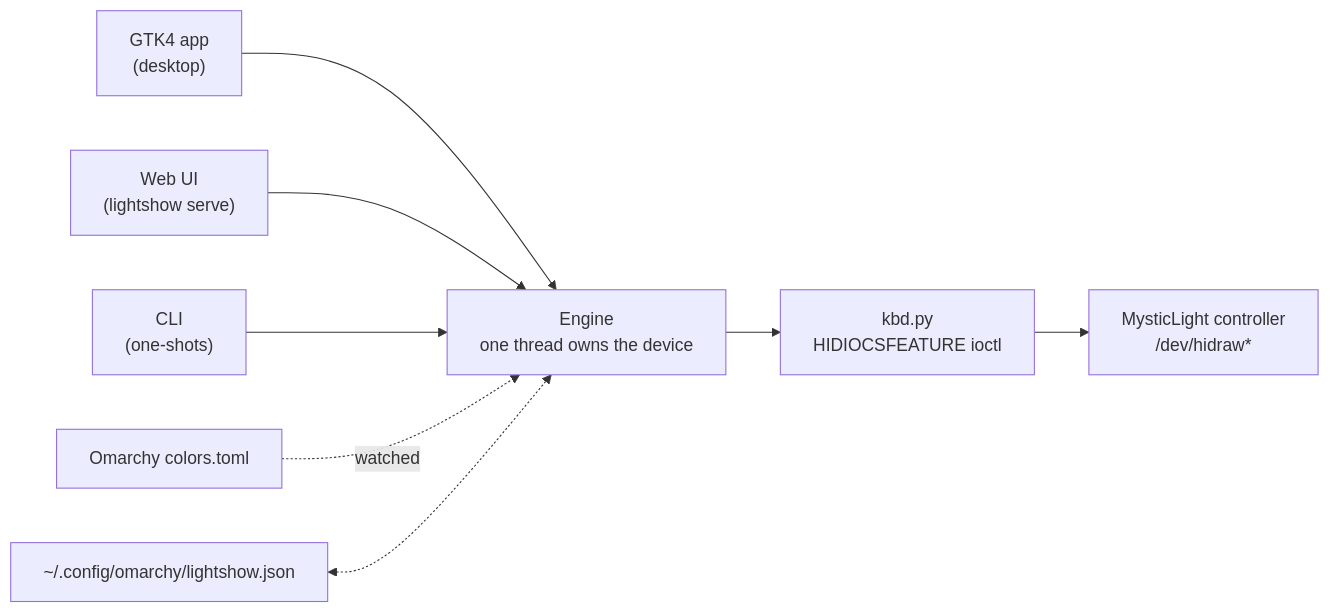
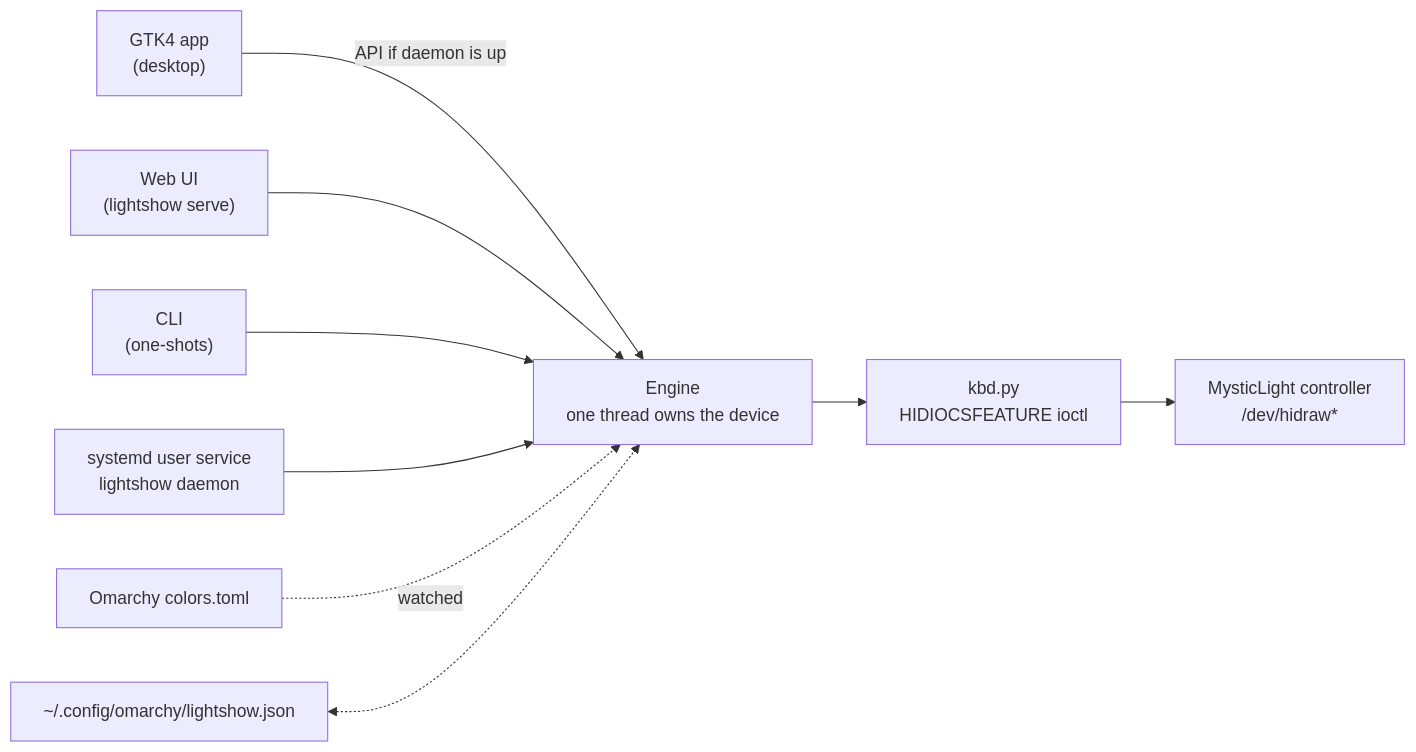
One commit to nixfred/lightshow changed the diagram in README.md. Above: the diagram before and after it, drawn with Mermaid. The commit also changed other lines of this file and 7 other files, not shown here.

First line of the commit message:
fix: run as a systemd service so theme-following actually works, add smatter

````diff
--- a/README.md
+++ b/README.md
@@ -185,10 +208,11 @@
 ```mermaid
 flowchart LR
-    GUI["GTK4 app<br/>(desktop)"] --> ENG
+    GUI["GTK4 app<br/>(desktop)"] -->|API if daemon is up| ENG
     WEB["Web UI<br/>(lightshow serve)"] --> ENG
     CLI["CLI<br/>(one-shots)"] --> ENG
+    SVC["systemd user service<br/>lightshow daemon"] --> ENG
     ENG["Engine<br/>one thread owns the device"] --> KBD["kbd.py<br/>HIDIOCSFEATURE ioctl"]
     KBD --> HW["MysticLight controller<br/>/dev/hidraw*"]
     THEME["Omarchy colors.toml"] -.watched.-> ENG
     CFG["~/.config/omarchy/lightshow.json"] <-.-> ENG
 ```
````
